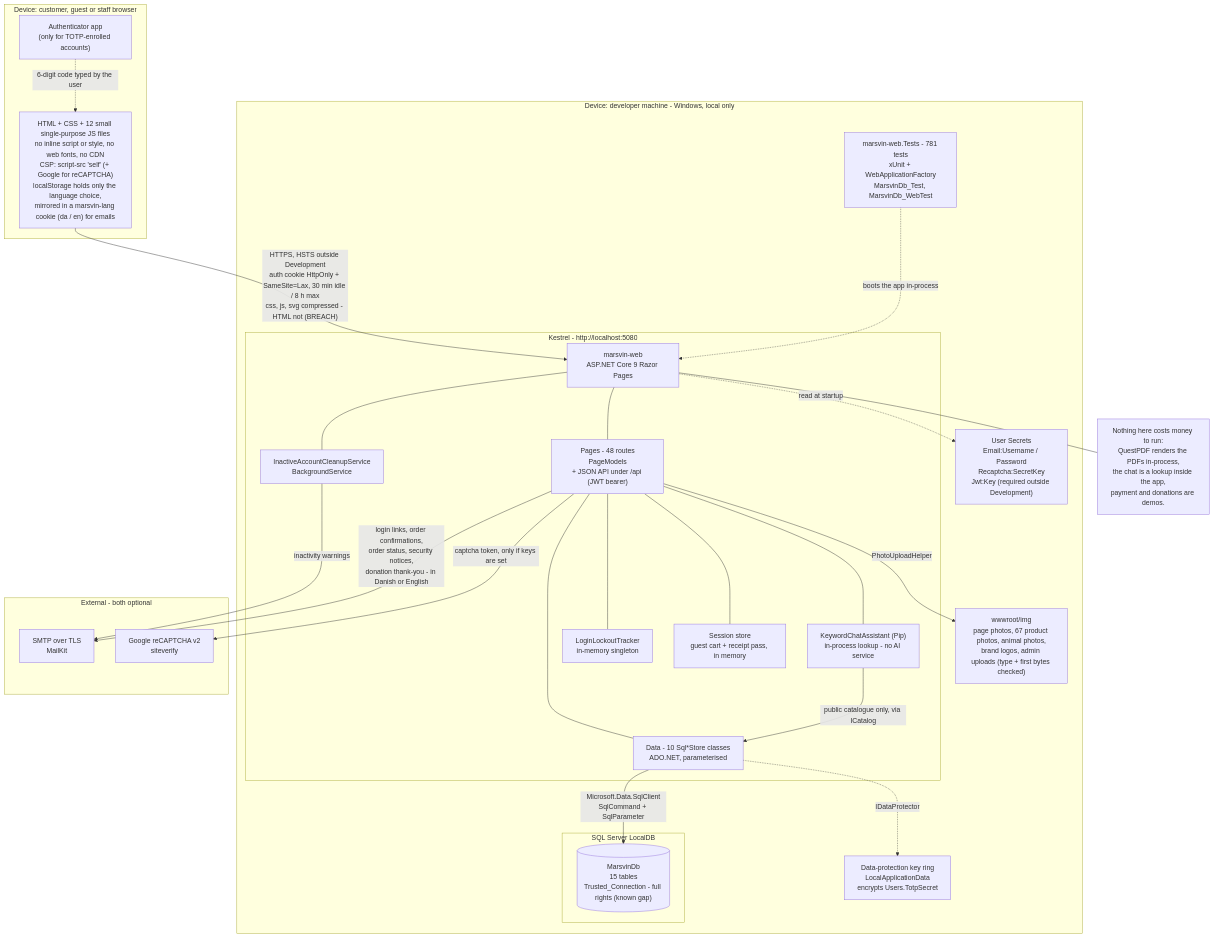
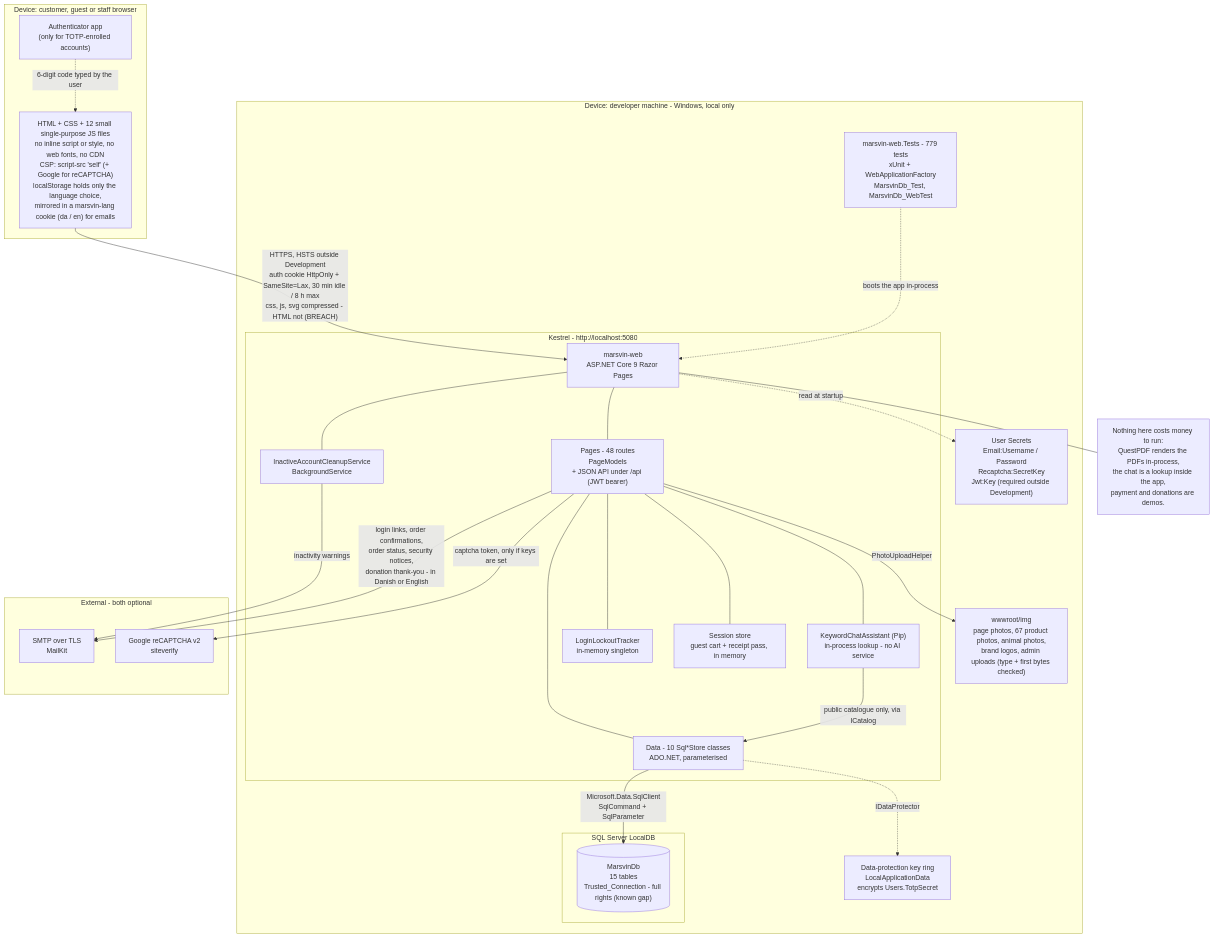
The diagram in diagrams/marsvin-deployment.mermaid (Elvie-Abarth/Esti-whent-creazy-whit-the-protject), drawn with Mermaid before and after one commit. The commit also changed 14 other files, not shown here.

```diff
--- a/diagrams/marsvin-deployment.mermaid
+++ b/diagrams/marsvin-deployment.mermaid
@@ -1,50 +1,50 @@
 flowchart TB
     subgraph CLIENT["Device: customer, guest or staff browser"]
         BROWSER["HTML + CSS + 12 small single-purpose JS files<br/>no inline script or style, no web fonts, no CDN<br/>CSP: script-src 'self' (+ Google for reCAPTCHA)<br/>localStorage holds only the language choice,<br/>mirrored in a marsvin-lang cookie (da / en) for emails"]
         AUTHAPP["Authenticator app<br/>(only for TOTP-enrolled accounts)"]
     end
 
     subgraph DEV["Device: developer machine - Windows, local only"]
         subgraph KESTREL["Kestrel - http://localhost:5080"]
             APP["marsvin-web<br/>ASP.NET Core 9 Razor Pages"]
             PAGES["Pages - 48 routes<br/>PageModels<br/>+ JSON API under /api (JWT bearer)"]
             STORES["Data - 10 Sql*Store classes<br/>ADO.NET, parameterised"]
             CHATBOT["KeywordChatAssistant (Pip)<br/>in-process lookup - no AI service"]
             BG["InactiveAccountCleanupService<br/>BackgroundService"]
             LOCK["LoginLockoutTracker<br/>in-memory singleton"]
             SESS["Session store<br/>guest cart + receipt pass, in memory"]
             APP --- PAGES
             PAGES --- STORES
             PAGES --- CHATBOT
             APP --- BG
             PAGES --- LOCK
             PAGES --- SESS
         end
         subgraph SQL["SQL Server LocalDB"]
             DBASE[("MarsvinDb<br/>15 tables<br/>Trusted_Connection - full rights (known gap)")]
         end
         KEYS["Data-protection key ring<br/>LocalApplicationData<br/>encrypts Users.TotpSecret"]
         UPLOADS["wwwroot/img<br/>page photos, 67 product photos, animal photos,<br/>brand logos, admin uploads (type + first bytes checked)"]
         SECRETS["User Secrets<br/>Email:Username / Password<br/>Recaptcha:SecretKey<br/>Jwt:Key (required outside Development)"]
-        TESTS["marsvin-web.Tests - 781 tests<br/>xUnit + WebApplicationFactory<br/>MarsvinDb_Test, MarsvinDb_WebTest"]
+        TESTS["marsvin-web.Tests - 779 tests<br/>xUnit + WebApplicationFactory<br/>MarsvinDb_Test, MarsvinDb_WebTest"]
     end
 
     subgraph EXT["External - both optional"]
         SMTPSVC["SMTP over TLS<br/>MailKit"]
         GRECAP["Google reCAPTCHA v2<br/>siteverify"]
     end
 
     BROWSER -->|"HTTPS, HSTS outside Development<br/>auth cookie HttpOnly + SameSite=Lax, 30 min idle / 8 h max<br/>css, js, svg compressed - HTML not (BREACH)"| APP
     AUTHAPP -.->|"6-digit code typed by the user"| BROWSER
     STORES -->|"Microsoft.Data.SqlClient<br/>SqlCommand + SqlParameter"| DBASE
     CHATBOT -->|"public catalogue only, via ICatalog"| STORES
     STORES -.->|"IDataProtector"| KEYS
     PAGES -->|"PhotoUploadHelper"| UPLOADS
     APP -.->|"read at startup"| SECRETS
     BG -->|"inactivity warnings"| SMTPSVC
     PAGES -->|"login links, order confirmations,<br/>order status, security notices,<br/>donation thank-you - in Danish or English"| SMTPSVC
     PAGES -->|"captcha token, only if keys are set"| GRECAP
     TESTS -.->|"boots the app in-process"| APP
 
     NOTE["Nothing here costs money to run:<br/>QuestPDF renders the PDFs in-process,<br/>the chat is a lookup inside the app,<br/>payment and donations are demos."]
     APP --- NOTE
```
